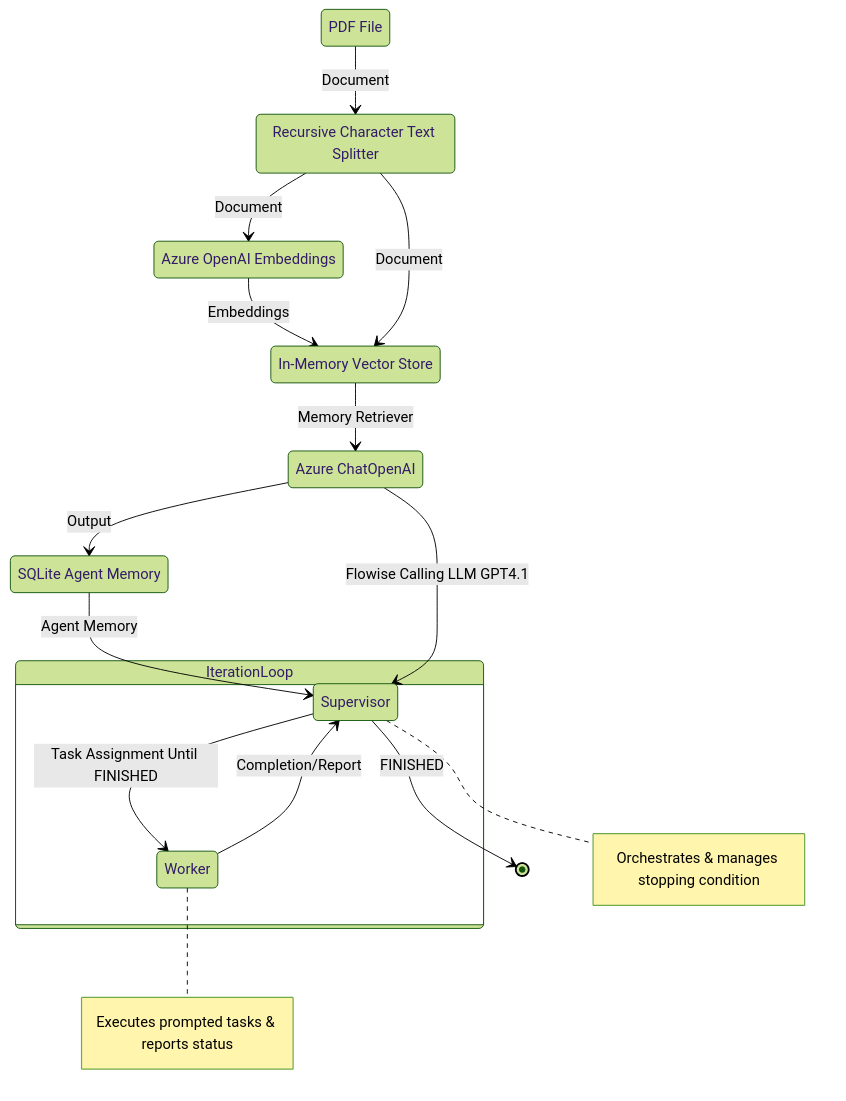
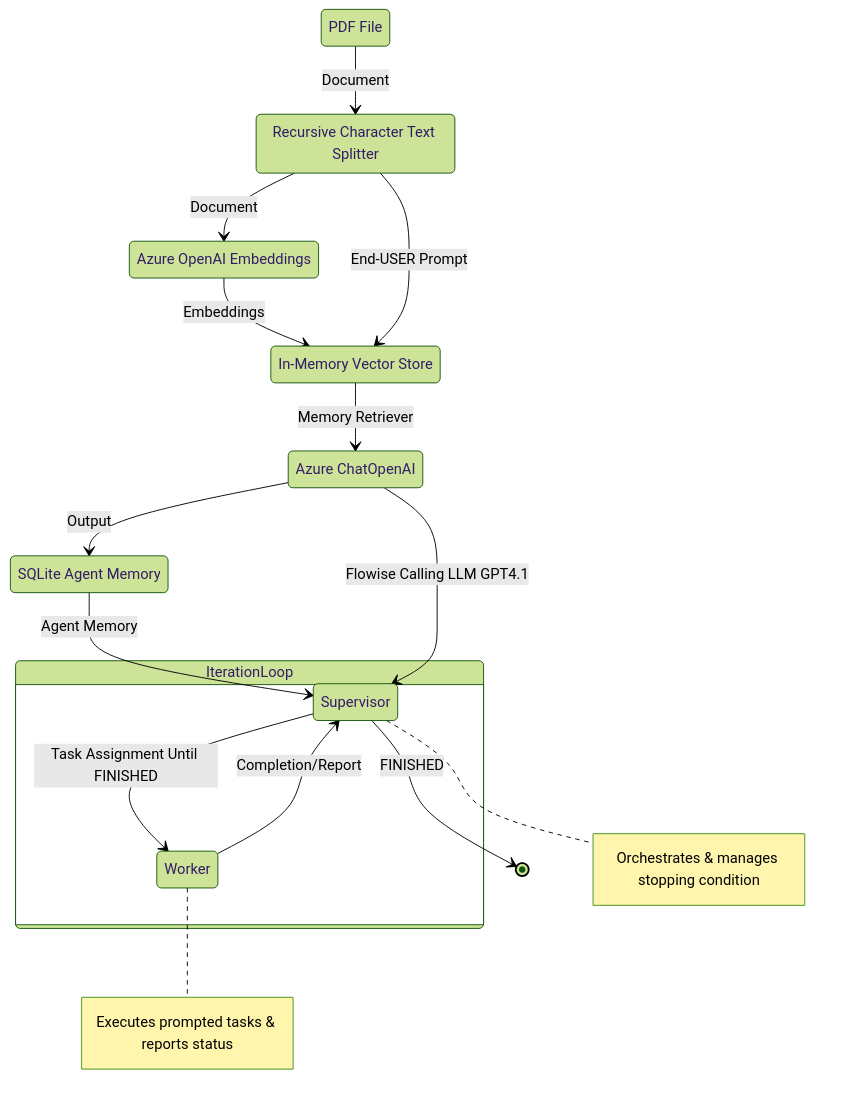
Before and after one commit to HR-DataLab-Healthcare/RESEARCH_SUPPORT: the sixth of 6 diagrams in PROJECTS/Generative_Agent_based_Data-Synthesis/Readme.md, drawn with Mermaid (forest theme). The commit also changed other lines of this file, not shown here.

````diff
--- a/PROJECTS/Generative_Agent_based_Data-Synthesis/Readme.md
+++ b/PROJECTS/Generative_Agent_based_Data-Synthesis/Readme.md
@@ -672,48 +672,48 @@
 ```mermaid
 
 stateDiagram-v2  
     %% Document Loading & Splitting  
     PDFFile: PDF File  
     RCTextSplitter: Recursive Character Text Splitter  
     PDFFile --> RCTextSplitter: Document  
   
     %% Embedding Creation  
     AzureEmbeddings: Azure OpenAI Embeddings  
     RCTextSplitter --> AzureEmbeddings: Document  
   
     %% Vector Store for Retrieval  
     InMemoryVS: In-Memory Vector Store  
     AzureEmbeddings --> InMemoryVS: Embeddings  
-    RCTextSplitter --> InMemoryVS: Document  
+    RCTextSplitter --> InMemoryVS: End-USER Prompt  
   
     %% Chat Interaction (LLM Agent)  
     AzureChatOpenAI: Azure ChatOpenAI  
     InMemoryVS --> AzureChatOpenAI: Memory Retriever  
   
     %% Agent Memory  
     SQLiteAgentMemory: SQLite Agent Memory  
     AzureChatOpenAI --> SQLiteAgentMemory: Output  
   
     %% Orchestration/Supervision  
     Supervisor: Supervisor  
     SQLiteAgentMemory --> Supervisor: Agent Memory  
     AzureChatOpenAI --> Supervisor: Flowise Calling LLM GPT4.1  
   
     %% Worker (Action Executor)  
     Worker: Worker  
     %% Supervisor --> Worker: Task Assignment Until FINISHED 
     Worker --> Supervisor: Completion/Report  
   
     %% Iterative Supervisor-Worker Loop  
     state IterationLoop {  
       Supervisor --> Worker:   Task Assignment Until FINISHED 
     }  
   
     %% Output to User  
     Supervisor --> [*]: FINISHED  
   
     %% Notes  
     note right of Supervisor: Orchestrates & manages stopping condition  
     note right of Worker: Executes prompted tasks & reports status  
 
 ```
````
